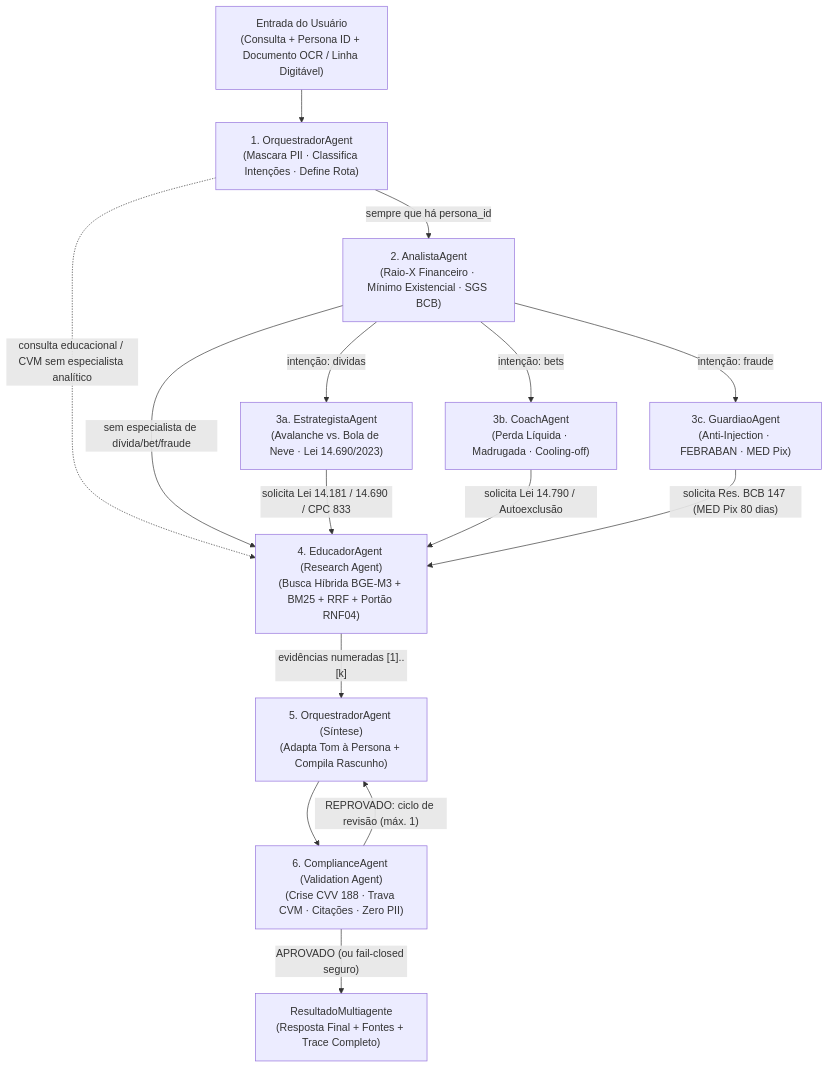
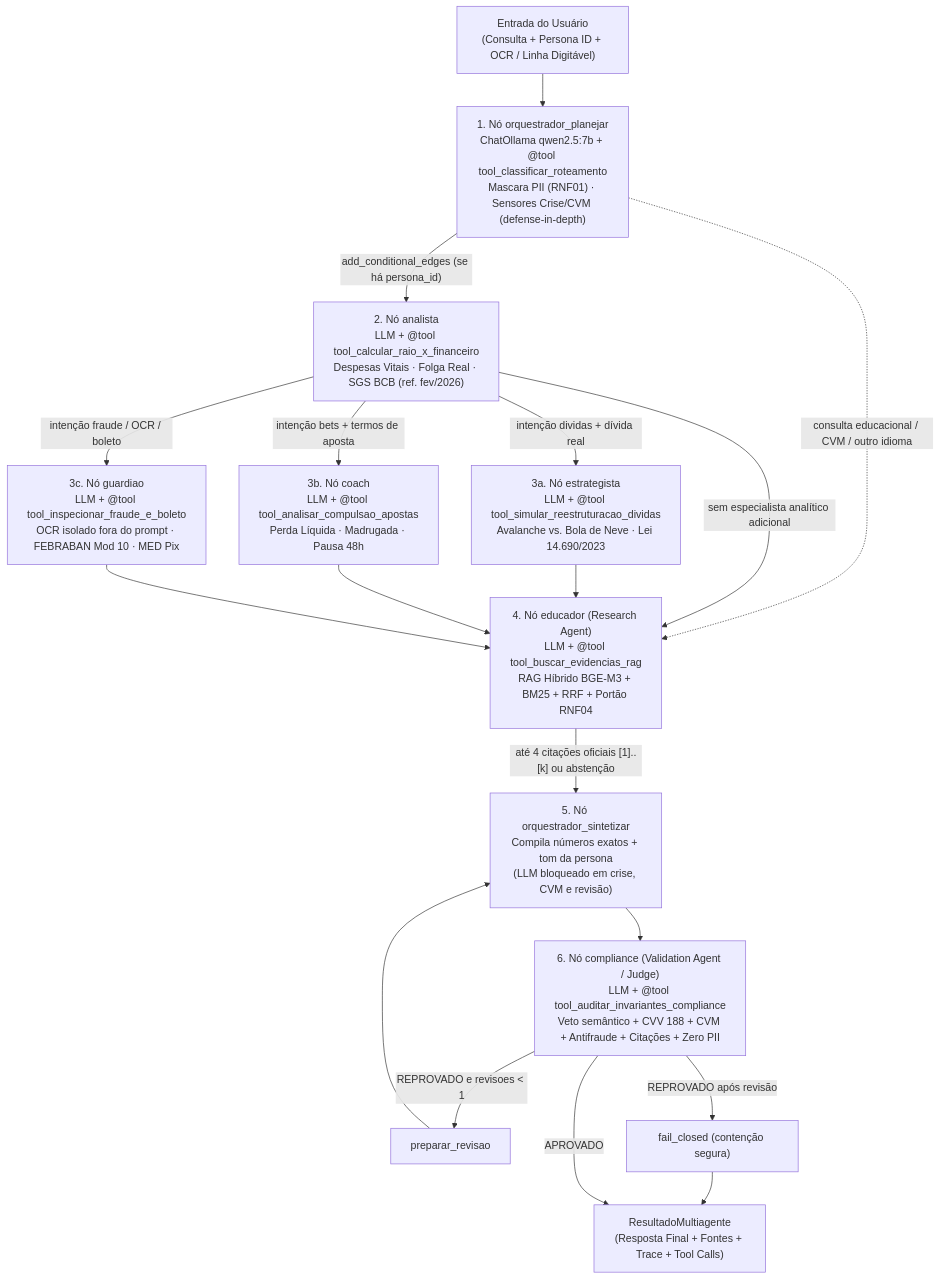
Before and after one commit to Andre-Atlas/PANDORA: the diagram in docs/entregas/04-primeiro-prototipo-multiagente/diagramas/arquitetura.mmd, drawn with Mermaid. The commit also changed 52 other files, not shown here.

```diff
--- a/docs/entregas/04-primeiro-prototipo-multiagente/diagramas/arquitetura.mmd
+++ b/docs/entregas/04-primeiro-prototipo-multiagente/diagramas/arquitetura.mmd
@@ -1,21 +1,22 @@
 flowchart TD
-    IN["Entrada do Usuário<br/>(Consulta + Persona ID + Documento OCR / Linha Digitável)"] --> O1["1. OrquestradorAgent<br/>(Mascara PII · Classifica Intenções · Define Rota)"]
+    IN["Entrada do Usuário<br/>(Consulta + Persona ID + OCR / Linha Digitável)"] --> O1["1. Nó orquestrador_planejar<br/>ChatOllama qwen2.5:7b + @tool tool_classificar_roteamento<br/>Mascara PII (RNF01) · Sensores Crise/CVM (defense-in-depth)"]
 
-    O1 -->|"sempre que há persona_id"| AN["2. AnalistaAgent<br/>(Raio-X Financeiro · Mínimo Existencial · SGS BCB)"]
+    O1 -->|"add_conditional_edges (se há persona_id)"| AN["2. Nó analista<br/>LLM + @tool tool_calcular_raio_x_financeiro<br/>Despesas Vitais · Folga Real · SGS BCB (ref. fev/2026)"]
 
-    AN -->|"intenção: dividas"| ES["3a. EstrategistaAgent<br/>(Avalanche vs. Bola de Neve · Lei 14.690/2023)"]
-    AN -->|"intenção: bets"| CO["3b. CoachAgent<br/>(Perda Líquida · Madrugada · Cooling-off)"]
-    AN -->|"intenção: fraude"| GU["3c. GuardiaoAgent<br/>(Anti-Injection · FEBRABAN · MED Pix)"]
+    AN -->|"intenção dividas + dívida real"| ES["3a. Nó estrategista<br/>LLM + @tool tool_simular_reestruturacao_dividas<br/>Avalanche vs. Bola de Neve · Lei 14.690/2023"]
+    AN -->|"intenção bets + termos de aposta"| CO["3b. Nó coach<br/>LLM + @tool tool_analisar_compulsao_apostas<br/>Perda Líquida · Madrugada · Pausa 48h"]
+    AN -->|"intenção fraude / OCR / boleto"| GU["3c. Nó guardiao<br/>LLM + @tool tool_inspecionar_fraude_e_boleto<br/>OCR isolado fora do prompt · FEBRABAN Mod 10 · MED Pix"]
 
-    O1 -.->|"consulta educacional / CVM sem especialista analítico"| ED
-    AN -->|"sem especialista de dívida/bet/fraude"| ED
+    O1 -.->|"consulta educacional / CVM / outro idioma"| ED
+    AN -->|"sem especialista analítico adicional"| ED
 
-    ES -->|"solicita Lei 14.181 / 14.690 / CPC 833"| ED["4. EducadorAgent (Research Agent)<br/>(Busca Híbrida BGE-M3 + BM25 + RRF + Portão RNF04)"]
-    CO -->|"solicita Lei 14.790 / Autoexclusão"| ED
-    GU -->|"solicita Res. BCB 147 (MED Pix 80 dias)"| ED
+    ES --> ED["4. Nó educador (Research Agent)<br/>LLM + @tool tool_buscar_evidencias_rag<br/>RAG Híbrido BGE-M3 + BM25 + RRF + Portão RNF04"]
+    CO --> ED
+    GU --> ED
 
-    ED -->|"evidências numeradas [1]..[k]"| O2["5. OrquestradorAgent (Síntese)<br/>(Adapta Tom à Persona + Compila Rascunho)"]
-    O2 --> CG["6. ComplianceAgent (Validation Agent)<br/>(Crise CVV 188 · Trava CVM · Citações · Zero PII)"]
+    ED -->|"até 4 citações oficiais [1]..[k] ou abstenção"| O2["5. Nó orquestrador_sintetizar<br/>Compila números exatos + tom da persona<br/>(LLM bloqueado em crise, CVM e revisão)"]
+    O2 --> CG["6. Nó compliance (Validation Agent / Judge)<br/>LLM + @tool tool_auditar_invariantes_compliance<br/>Veto semântico + CVV 188 + CVM + Antifraude + Citações + Zero PII"]
 
-    CG -->|"REPROVADO: ciclo de revisão (máx. 1)"| O2
-    CG -->|"APROVADO (ou fail-closed seguro)"| OUT["ResultadoMultiagente<br/>(Resposta Final + Fontes + Trace Completo)"]
+    CG -->|"REPROVADO e revisoes < 1"| REV["preparar_revisao"] --> O2
+    CG -->|"REPROVADO após revisão"| FC["fail_closed (contenção segura)"] --> OUT
+    CG -->|"APROVADO"| OUT["ResultadoMultiagente<br/>(Resposta Final + Fontes + Trace + Tool Calls)"]
```
